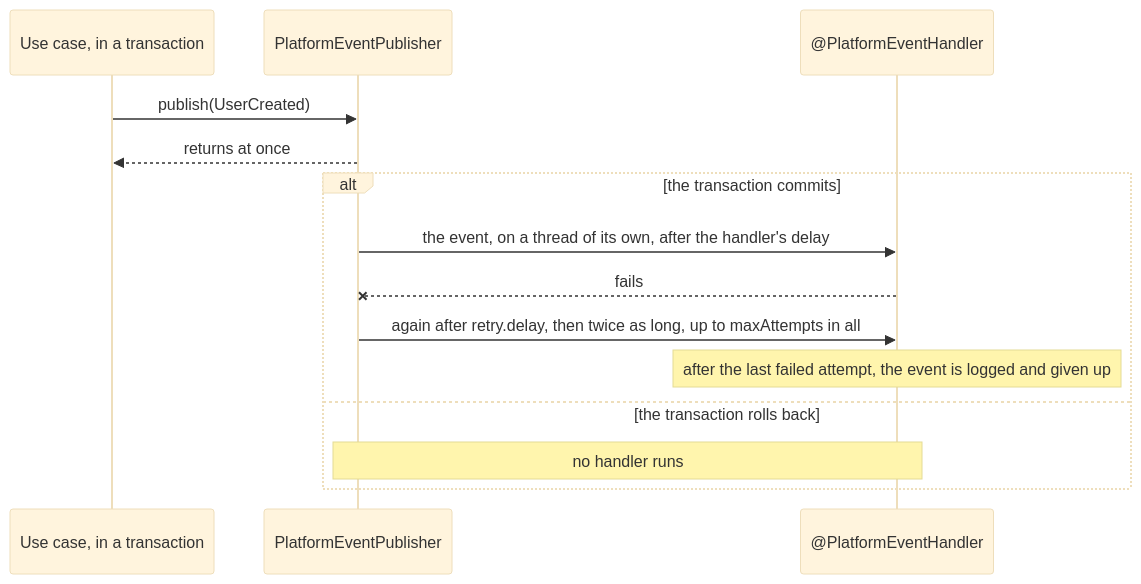
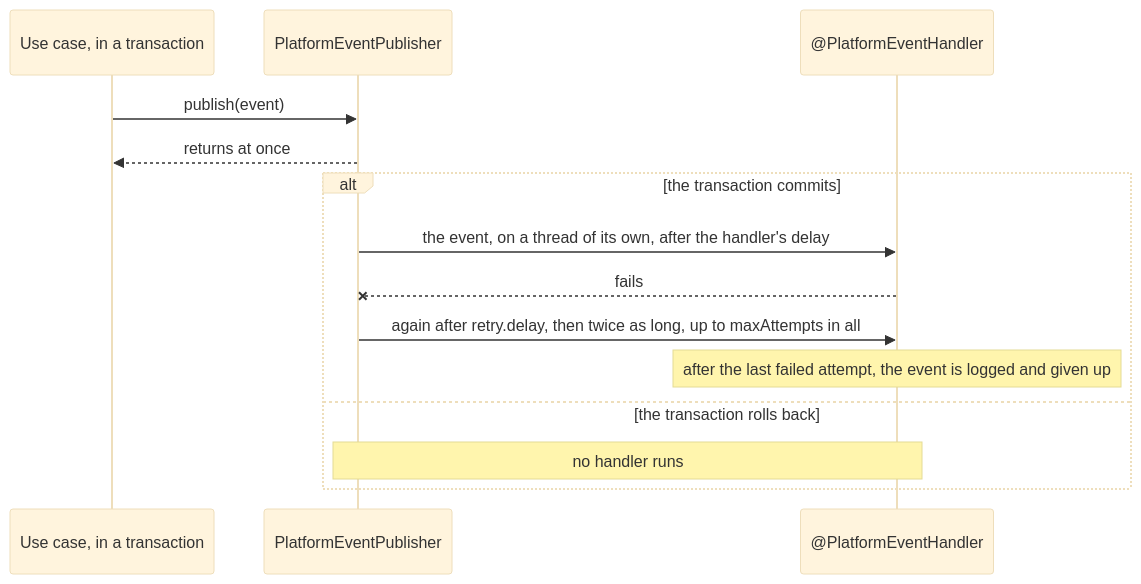
The second of 2 diagrams in tech-starters/backend/messaging-starter/README.md (mboisnard/drinkit), drawn with Mermaid (base theme) before and after one commit. The commit also changed other lines of this file and 13 other files, not shown here.

````diff
--- a/tech-starters/backend/messaging-starter/README.md
+++ b/tech-starters/backend/messaging-starter/README.md
@@ -23,16 +23,16 @@
 ```mermaid
 sequenceDiagram
     participant UseCase as Use case, in a transaction
     participant Publisher as PlatformEventPublisher
     participant Handler as @PlatformEventHandler
-    UseCase->>Publisher: publish(UserCreated)
+    UseCase->>Publisher: publish(event)
     Publisher-->>UseCase: returns at once
     alt the transaction commits
         Publisher->>Handler: the event, on a thread of its own, after the handler's delay
         Handler--xPublisher: fails
         Publisher->>Handler: again after retry.delay, then twice as long, up to maxAttempts in all
         Note over Handler: after the last failed attempt, the event is logged and given up
     else the transaction rolls back
         Note over Publisher,Handler: no handler runs
     end
 ```
````
